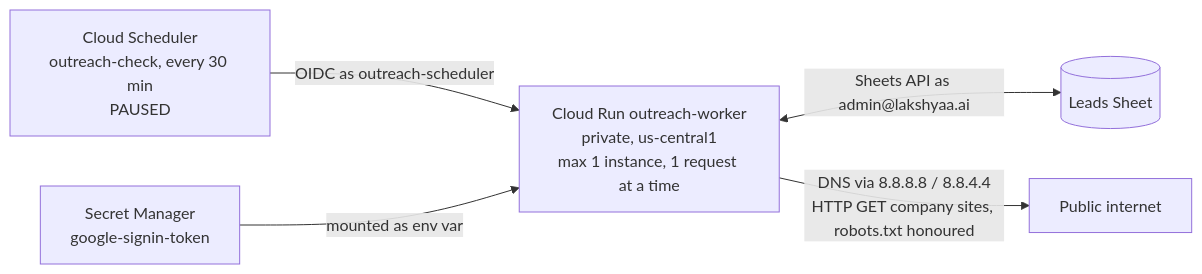
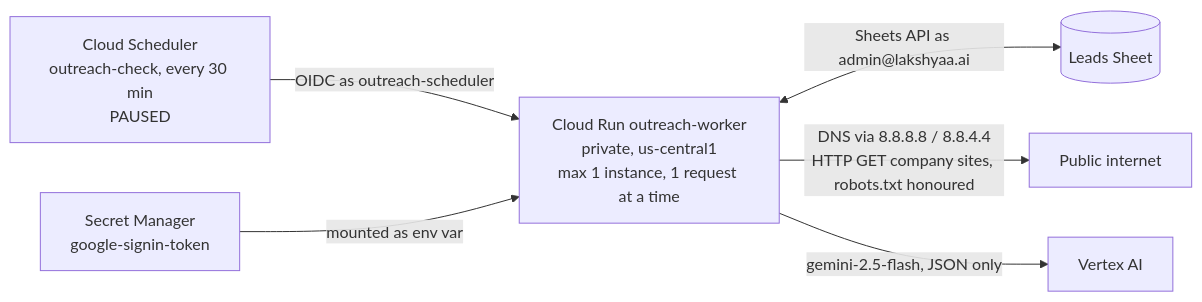
Before and after one commit to sivram04/groundtruth-outreach: the diagram in docs/AS_BUILT.md, drawn with Mermaid. The commit also changed other lines of this file and 10 other files, not shown here.

````diff
--- a/docs/AS_BUILT.md
+++ b/docs/AS_BUILT.md
@@ -22,7 +22,8 @@
 ```mermaid
 flowchart LR
   SCH[Cloud Scheduler<br/>outreach-check, every 30 min<br/>PAUSED] -->|OIDC as outreach-scheduler| W[Cloud Run outreach-worker<br/>private, us-central1<br/>max 1 instance, 1 request at a time]
   SM[Secret Manager<br/>google-signin-token] -->|mounted as env var| W
   W <-->|Sheets API as admin@lakshyaa.ai| S[(Leads Sheet)]
   W -->|DNS via 8.8.8.8 / 8.8.4.4<br/>HTTP GET company sites, robots.txt honoured| NET[Public internet]
+  W -->|gemini-2.5-flash, JSON only| V[Vertex AI]
 ```
````
